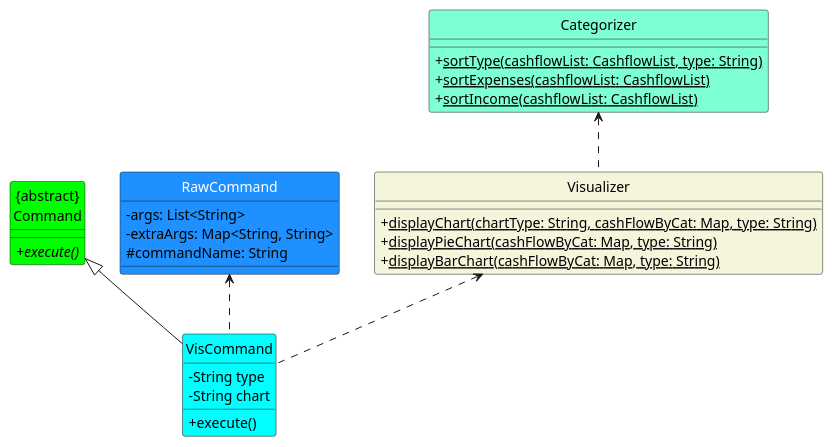
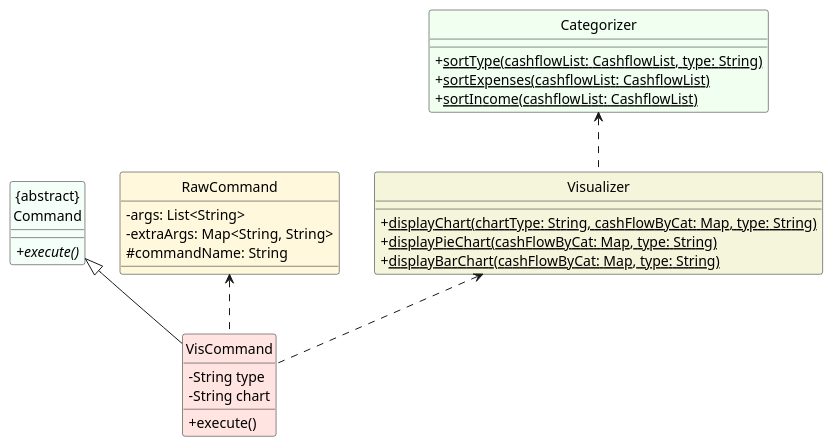
One commit to nus-cs2113-AY2324S1/tp changed the diagram in docs/diagrams/vis/visualisationClass.puml. Above: the diagram before and after it, drawn with PlantUML. The commit also changed 1 other file, not shown here.

```diff
--- a/docs/diagrams/vis/visualisationClass.puml
+++ b/docs/diagrams/vis/visualisationClass.puml
@@ -1,43 +1,43 @@
 @startuml
 'https://plantuml.com/class-diagram
 
 skinparam classFontColor automatic
 
 
-class "{abstract}\nCommand"  #lime {
+class "{abstract}\nCommand"  #MintCream {
 +execute() {abstract}
 }
 
-class VisCommand #Cyan {
+class VisCommand #MistyRose {
 -String type
 -String chart
 +execute()
 }
 
-class RawCommand #DodgerBlue {
+class RawCommand #Cornsilk {
 -args: List<String>
 -extraArgs: Map<String, String>
 #commandName: String
 }
 
-class Categorizer #AquaMarine {
+class Categorizer #HoneyDew {
 +<u>sortType(cashflowList: CashflowList, type: String)
 +<u>sortExpenses(cashflowList: CashflowList)
 +<u>sortIncome(cashflowList: CashflowList)
 }
 
 class Visualizer #Beige {
 +<u>displayChart(chartType: String, cashFlowByCat: Map, type: String)
 + <u>displayPieChart(cashFlowByCat: Map, type: String)
 + <u>displayBarChart(cashFlowByCat: Map, type: String)
 }
 
 "{abstract}\nCommand" <|-- VisCommand
 RawCommand <.. VisCommand
 Categorizer <.. Visualizer
 Visualizer <.. VisCommand
 
 hide Circle
 skinparam classAttributeIconSize 0
 
 @enduml
```
